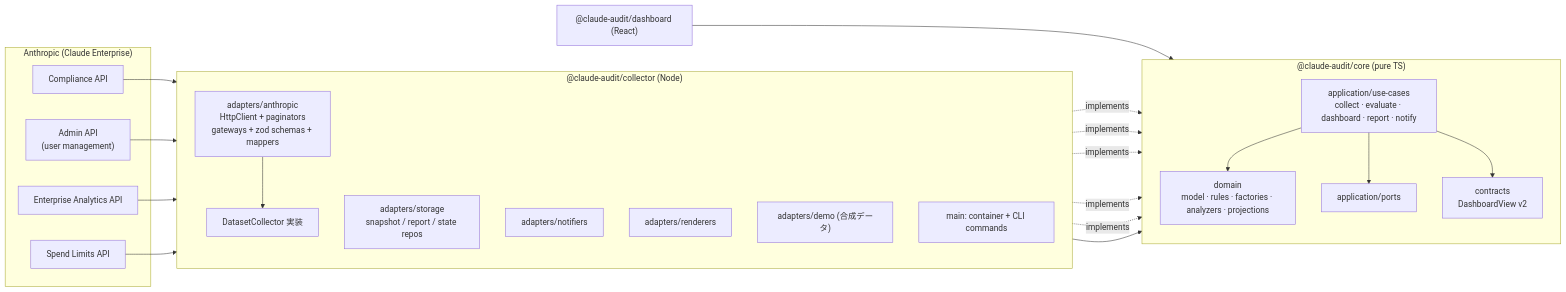
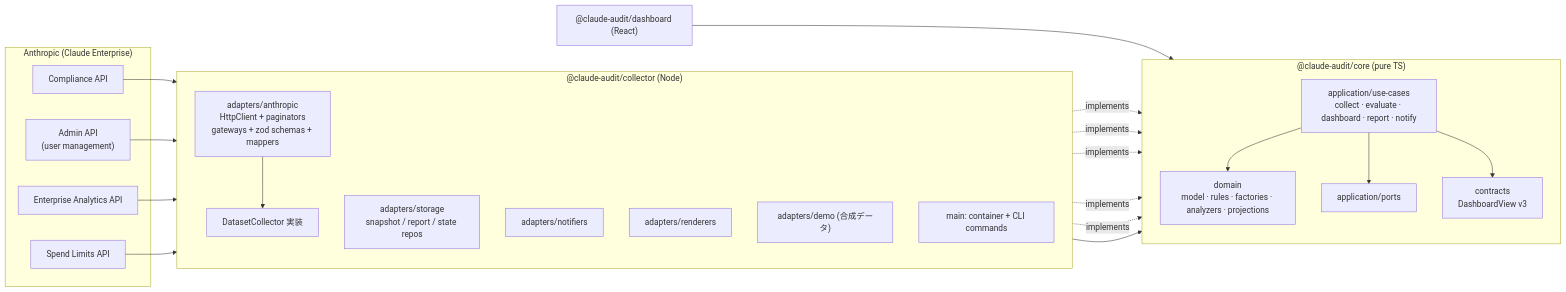
One commit to sun-flat-yamada/claude-audit-dashboard changed the diagram in docs/ARCHITECTURE.md. Above: the diagram before and after it, drawn with Mermaid. The commit also changed other lines of this file and 59 other files, not shown here.

First line of the commit message:
feat(core): publish the model x group aggregate in DashboardView v3

````diff
--- a/docs/ARCHITECTURE.md
+++ b/docs/ARCHITECTURE.md
@@ -24,42 +24,42 @@
 ```mermaid
 flowchart LR
     subgraph External["Anthropic (Claude Enterprise)"]
         C["Compliance API"]
         A["Admin API<br/>(user management)"]
         N["Enterprise Analytics API"]
         S["Spend Limits API"]
     end
 
     subgraph Collector["@claude-audit/collector (Node)"]
         direction TB
         GW["adapters/anthropic<br/>HttpClient + paginators<br/>gateways + zod schemas + mappers"]
         COL["DatasetCollector 実装"]
         ST["adapters/storage<br/>snapshot / report / state repos"]
         NT["adapters/notifiers"]
         RD["adapters/renderers"]
         DM["adapters/demo (合成データ)"]
         MAIN["main: container + CLI commands"]
     end
 
     subgraph Core["@claude-audit/core (pure TS)"]
         direction TB
         UC["application/use-cases<br/>collect · evaluate · dashboard · report · notify"]
         PORTS["application/ports"]
         DOM["domain<br/>model · rules · factories · analyzers · projections"]
-        CT["contracts<br/>DashboardView v2"]
+        CT["contracts<br/>DashboardView v3"]
     end
 
     UI["@claude-audit/dashboard (React)"]
 
     C & A & N & S --> GW --> COL
     COL -. implements .-> PORTS
     ST -. implements .-> PORTS
     NT -. implements .-> PORTS
     RD -. implements .-> PORTS
     DM -. implements .-> PORTS
     MAIN --> UC
     UC --> DOM
     UC --> PORTS
     UC --> CT
     UI --> CT
 ```
````
